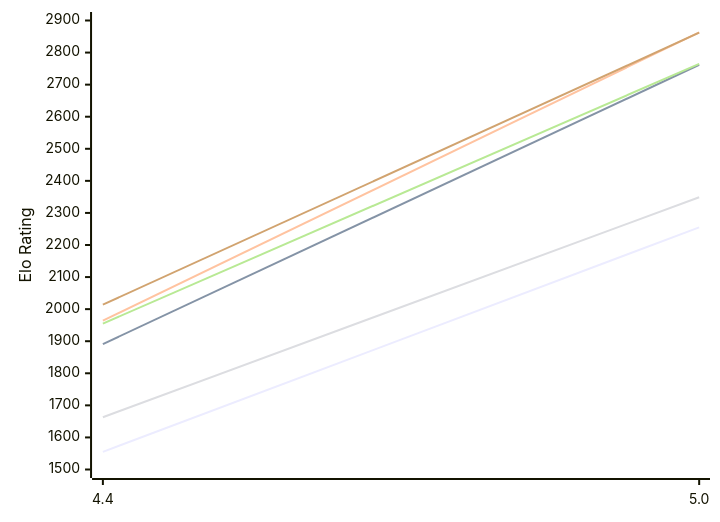
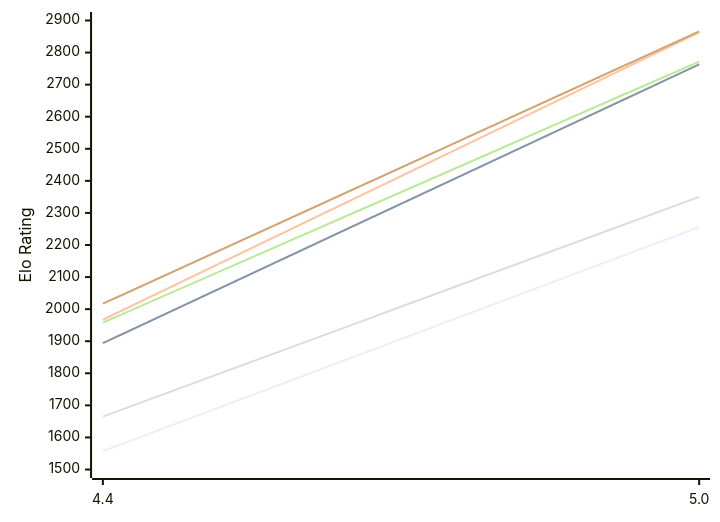
The first of 2 diagrams in engines/Radiance.md (computer-chess-index/cci), drawn with Mermaid before and after one commit. The commit also changed other lines of this file, not shown here.

Commit message:
Update CCI Ratings (ELO VLTC) - 2026-11-24

````diff
--- a/engines/Radiance.md
+++ b/engines/Radiance.md
@@ -51,12 +51,12 @@
 ```mermaid
 %%{init: {"theme":"base","themeVariables":{"seriesColors:['#a3a3a3','#222221','#faa371']}}}%%
 xychart-beta
   x-axis ["4.4", "5.0"]
   y-axis "Elo Rating" 1500 --> 2900
-  line "E1: STC (8.0+0.08s)" [1555, 2255]
-  line "E1: LTC (60.0+0.60s)" [1891, 2762]
-  line "E1: VLTC (2m24s+1.12s)" [1964, 2863]
-  line "P1: STC (8.0+0.08s)" [1663, 2349]
-  line "P1: LTC (60.0+0.60s)" [1955, 2765]
-  line "P1: VLTC (2m24s+1.12s)" [2014, 2862]
+  line "E1: STC (8.0+0.08s)" [1557, 2256]
+  line "E1: LTC (60.0+0.60s)" [1894, 2763]
+  line "E1: VLTC (2m24s+1.12s)" [1967, 2863]
+  line "P1: STC (8.0+0.08s)" [1665, 2350]
+  line "P1: LTC (60.0+0.60s)" [1958, 2772]
+  line "P1: VLTC (2m24s+1.12s)" [2017, 2866]
 ```
````
